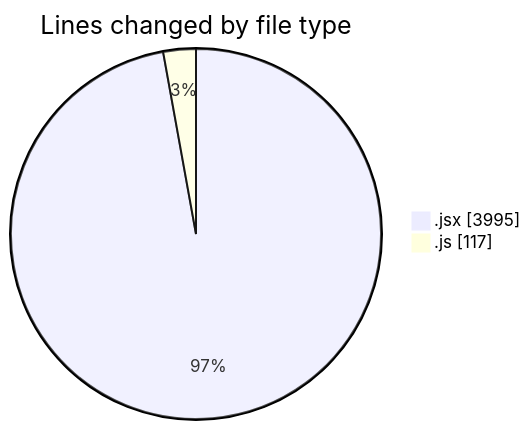
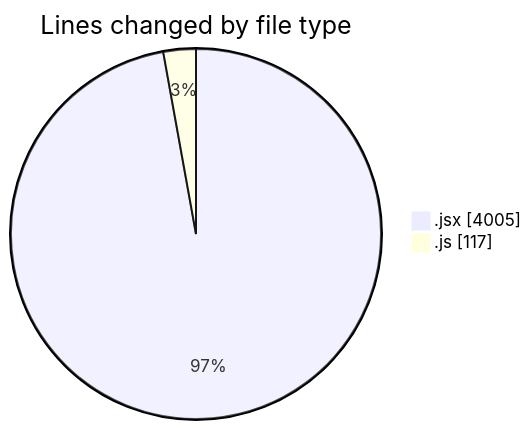
The first of 2 diagrams in 2026-01-12/nxtqube_webapp/README.md (nxtqubesakshisongat/code-tracking), drawn with Mermaid before and after one commit. The commit also changed other lines of this file and 1 other file, not shown here.

````diff
--- a/2026-01-12/nxtqube_webapp/README.md
+++ b/2026-01-12/nxtqube_webapp/README.md
@@ -28,6 +28,6 @@
 ```mermaid
 pie showData
 title Lines changed by file type
-".jsx" : 3995
+".jsx" : 4005
 ".js" : 117
 ```
````
